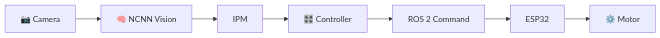
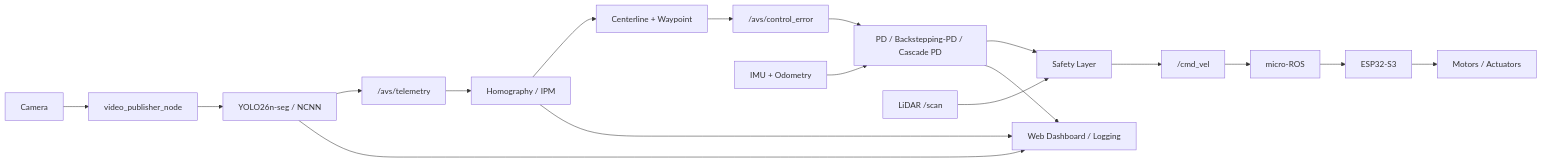
Before and after one commit to chanhuynguyen-ai/ROS-2-Micro-ROS-autonomous-robot-with-integrated-computer-vision: the diagram in README.md, drawn with Mermaid. The commit also changed other lines of this file and 6 other files, not shown here.

````diff
--- a/README.md
+++ b/README.md
@@ -68,18 +32,22 @@
 ```mermaid
 flowchart LR
+    CAM[Camera] --> VP[video_publisher_node]
+    VP --> AI[YOLO26n-seg / NCNN]
+    AI --> PIX["/avs/telemetry"]
+    PIX --> IPM[Homography / IPM]
+    IPM --> GEO[Centerline + Waypoint]
+    GEO --> ERR["/avs/control_error"]
+    ERR --> CTRL[PD / Backstepping-PD / Cascade PD]
 
-CAM["📷 Camera"]
-AI["🧠 NCNN Vision"]
-IPM["IPM"]
-CTRL["🎛️ Controller"]
-ROS["ROS 2 Command"]
-MCU["ESP32"]
-MOTOR["⚙️ Motor"]
+    LIDAR["LiDAR /scan"] --> SAFE[Safety Layer]
+    CTRL --> SAFE
+    SAFE --> CMD["/cmd_vel"]
+    CMD --> UROS[micro-ROS]
+    UROS --> ESP[ESP32-S3]
+    ESP --> ACT[Motors / Actuators]
 
-CAM --> AI
-AI --> IPM
-IPM --> CTRL
-CTRL --> ROS
-ROS --> MCU
-MCU --> MOTOR
+    IMU[IMU + Odometry] --> CTRL
+    AI --> DASH[Web Dashboard / Logging]
+    IPM --> DASH
+    CTRL --> DASH
 ```
````
